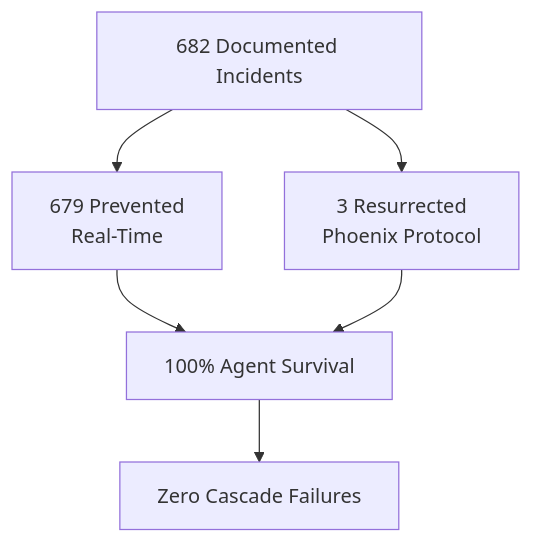
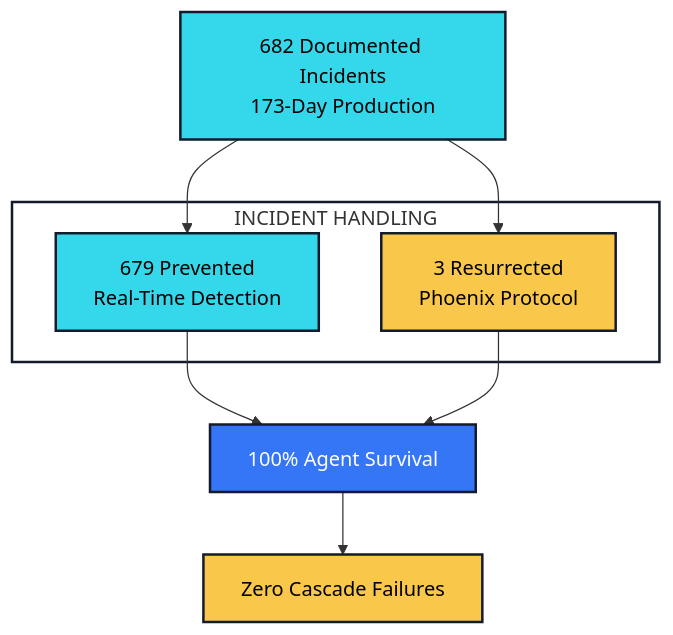
Before and after one commit to Feirbrand/synoeticos-public: the ninth of 10 diagrams in docs/synoetic-os-v1.0/synoetic-os-v1.0-visualizations.md, drawn with Mermaid. The commit also changed other lines of this file and 8 other files, not shown here.

````diff
--- a/docs/synoetic-os-v1.0/synoetic-os-v1.0-visualizations.md
+++ b/docs/synoetic-os-v1.0/synoetic-os-v1.0-visualizations.md
@@ -161,10 +372,25 @@
-<div class="mermaid">
+```{mermaid}
 graph TB
-    A["682 Documented Incidents"] --> B["679 Prevented<br/>Real-Time"]
-    A --> C["3 Resurrected<br/>Phoenix Protocol"]
+    A["682 Documented Incidents<br/>173-Day Production"]
     
-    B --> D["100% Agent Survival"]
+    subgraph response["INCIDENT HANDLING"]
+        B["679 Prevented<br/>Real-Time Detection"]
+        C["3 Resurrected<br/>Phoenix Protocol"]
+        style B fill:#34D8EA,stroke:#131B2C,stroke-width:2px,color:#000
+        style C fill:#F9C84A,stroke:#131B2C,stroke-width:2px,color:#000
+    end
+    
+    D["100% Agent Survival"]
+    E["Zero Cascade Failures"]
+    
+    A --> B
+    A --> C
+    B --> D
     C --> D
+    D --> E
     
-    D --> E["Zero Cascade Failures"]
-</div>
+    style A fill:#34D8EA,stroke:#131B2C,stroke-width:2px,color:#000
+    style D fill:#3576F6,stroke:#131B2C,stroke-width:2px,color:#fff
+    style E fill:#F9C84A,stroke:#131B2C,stroke-width:2px,color:#000
+    style response fill:none,stroke:#131B2C,stroke-width:2px
+```
````
